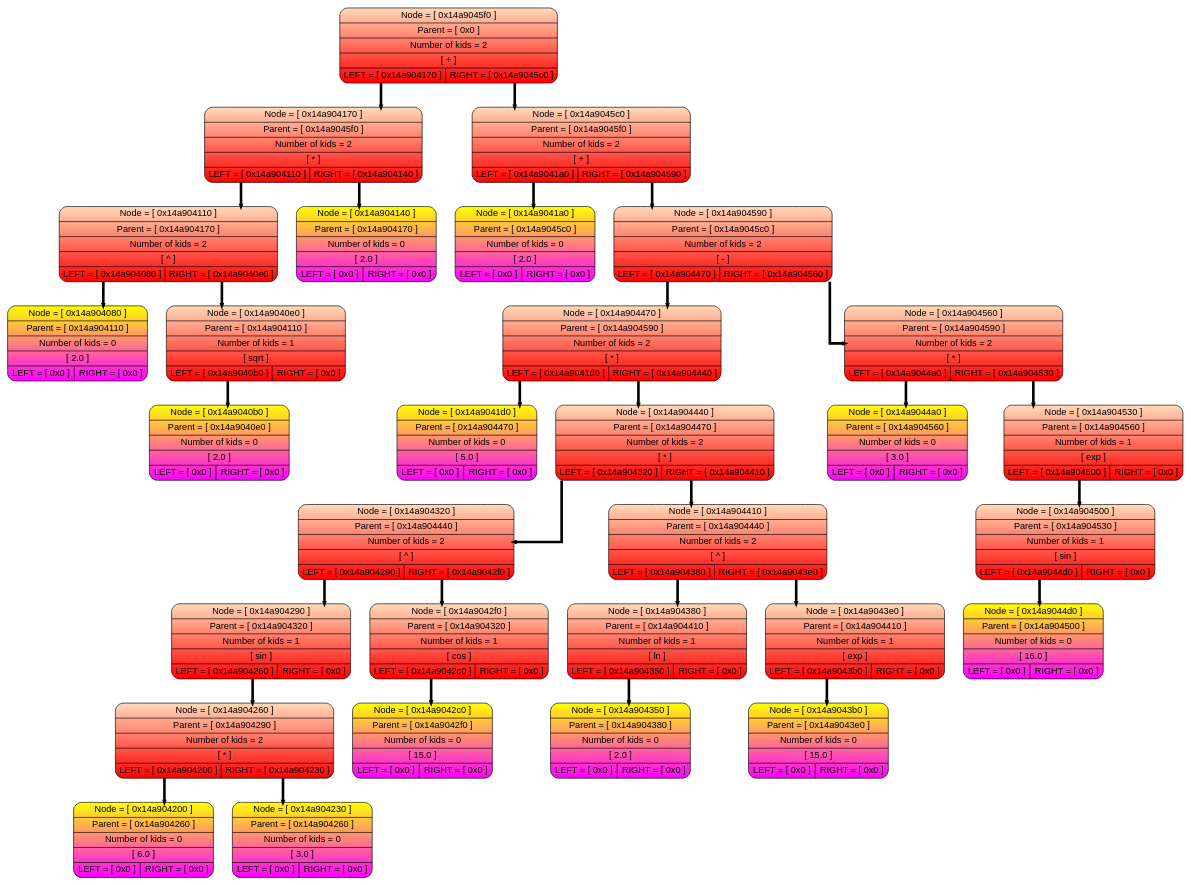
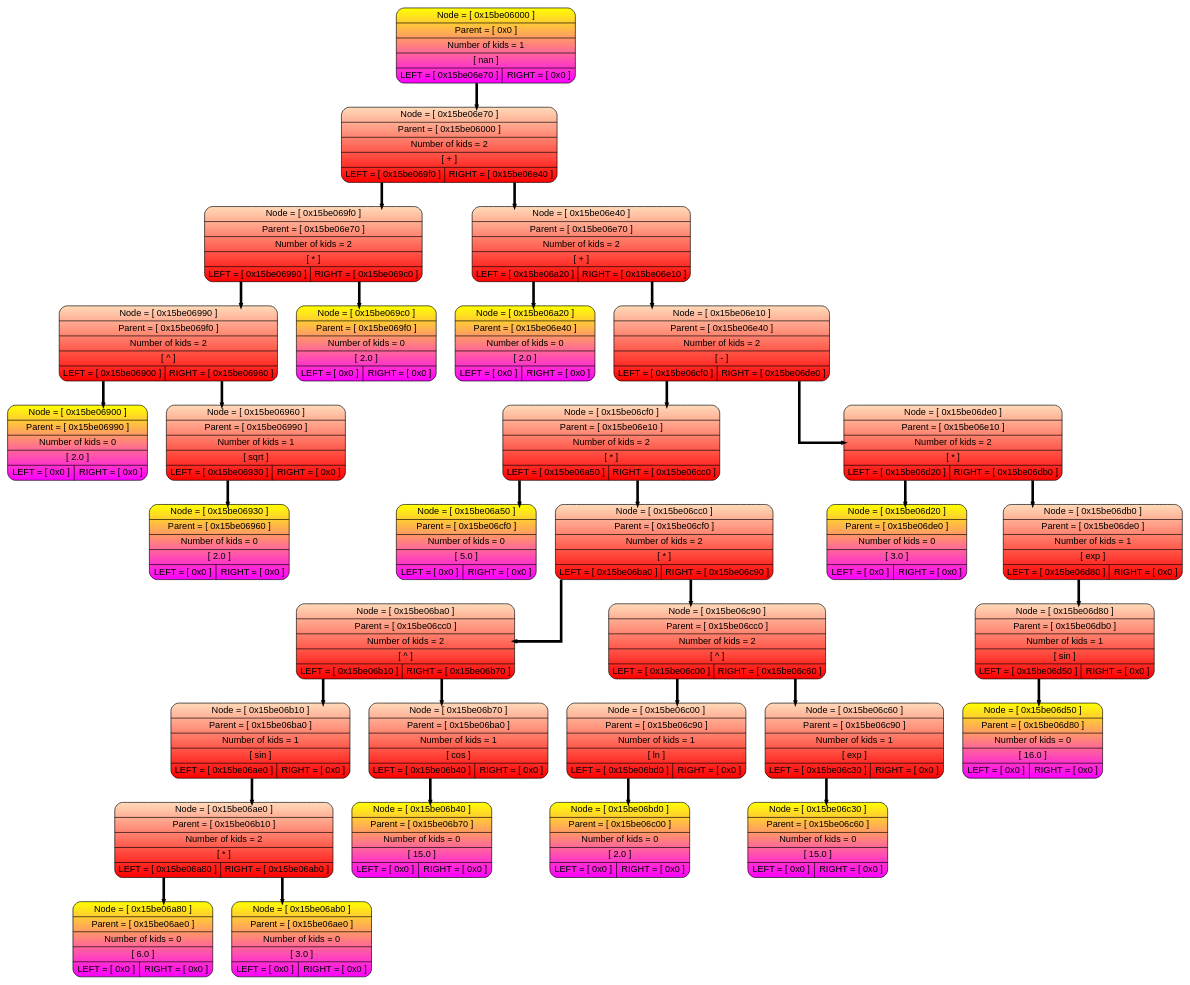
The diagram in Dump-source/dump.dot (livlavr/Differentiator), drawn with Graphviz before and after one commit. The commit also changed 7 other files, not shown here.

```diff
--- a/Dump-source/dump.dot
+++ b/Dump-source/dump.dot
@@ -4,63 +4,65 @@
 nodesep=0.4;
 node [shape=record, fontname="Arial"];
 edge [style=bold, color="black", weight=10, penwidth=4, arrowsize=0.2];
-P0x14a9045f0 [style = "filled, rounded", fillcolor="peachpuff:red" gradientangle=270,label=" {Node = [ 0x14a9045f0 ] | Parent = [ 0x0 ] | Number of kids = 2 |[ + ] | { <l> LEFT = [ 0x14a904170 ] | <r> RIGHT = [ 0x14a9045c0 ]}}" ];
-P0x14a904170 [style = "filled, rounded", fillcolor="peachpuff:red" gradientangle=270,label=" {Node = [ 0x14a904170 ] | Parent = [ 0x14a9045f0 ] | Number of kids = 2 |[ * ] | { <l> LEFT = [ 0x14a904110 ] | <r> RIGHT = [ 0x14a904140 ]}}" ];
-P0x14a904110 [style = "filled, rounded", fillcolor="peachpuff:red" gradientangle=270,label=" {Node = [ 0x14a904110 ] | Parent = [ 0x14a904170 ] | Number of kids = 2 |[ ^ ] | { <l> LEFT = [ 0x14a904080 ] | <r> RIGHT = [ 0x14a9040e0 ]}}" ];
-P0x14a904080 [style = "filled, rounded", fillcolor="yellow:magenta" gradientangle=270,label=" {Node = [ 0x14a904080 ] | Parent = [ 0x14a904110 ] | Number of kids = 0 | [ 2.0 ] | { <l> LEFT = [ 0x0 ] | <r> RIGHT = [ 0x0 ]}}" ];
-P0x14a9040e0 [style = "filled, rounded", fillcolor="peachpuff:red" gradientangle=270,label=" {Node = [ 0x14a9040e0 ] | Parent = [ 0x14a904110 ] | Number of kids = 1 |[ sqrt ] | { <l> LEFT = [ 0x14a9040b0 ] | <r> RIGHT = [ 0x0 ]}}" ];
-P0x14a9040b0 [style = "filled, rounded", fillcolor="yellow:magenta" gradientangle=270,label=" {Node = [ 0x14a9040b0 ] | Parent = [ 0x14a9040e0 ] | Number of kids = 0 | [ 2.0 ] | { <l> LEFT = [ 0x0 ] | <r> RIGHT = [ 0x0 ]}}" ];
-P0x14a9040e0:<l> -> P0x14a9040b0
-P0x14a904110:<l> -> P0x14a904080
-P0x14a904110:<r> -> P0x14a9040e0
-P0x14a904140 [style = "filled, rounded", fillcolor="yellow:magenta" gradientangle=270,label=" {Node = [ 0x14a904140 ] | Parent = [ 0x14a904170 ] | Number of kids = 0 | [ 2.0 ] | { <l> LEFT = [ 0x0 ] | <r> RIGHT = [ 0x0 ]}}" ];
-P0x14a904170:<l> -> P0x14a904110
-P0x14a904170:<r> -> P0x14a904140
-P0x14a9045c0 [style = "filled, rounded", fillcolor="peachpuff:red" gradientangle=270,label=" {Node = [ 0x14a9045c0 ] | Parent = [ 0x14a9045f0 ] | Number of kids = 2 |[ + ] | { <l> LEFT = [ 0x14a9041a0 ] | <r> RIGHT = [ 0x14a904590 ]}}" ];
-P0x14a9041a0 [style = "filled, rounded", fillcolor="yellow:magenta" gradientangle=270,label=" {Node = [ 0x14a9041a0 ] | Parent = [ 0x14a9045c0 ] | Number of kids = 0 | [ 2.0 ] | { <l> LEFT = [ 0x0 ] | <r> RIGHT = [ 0x0 ]}}" ];
-P0x14a904590 [style = "filled, rounded", fillcolor="peachpuff:red" gradientangle=270,label=" {Node = [ 0x14a904590 ] | Parent = [ 0x14a9045c0 ] | Number of kids = 2 |[ - ] | { <l> LEFT = [ 0x14a904470 ] | <r> RIGHT = [ 0x14a904560 ]}}" ];
-P0x14a904470 [style = "filled, rounded", fillcolor="peachpuff:red" gradientangle=270,label=" {Node = [ 0x14a904470 ] | Parent = [ 0x14a904590 ] | Number of kids = 2 |[ * ] | { <l> LEFT = [ 0x14a9041d0 ] | <r> RIGHT = [ 0x14a904440 ]}}" ];
-P0x14a9041d0 [style = "filled, rounded", fillcolor="yellow:magenta" gradientangle=270,label=" {Node = [ 0x14a9041d0 ] | Parent = [ 0x14a904470 ] | Number of kids = 0 | [ 5.0 ] | { <l> LEFT = [ 0x0 ] | <r> RIGHT = [ 0x0 ]}}" ];
-P0x14a904440 [style = "filled, rounded", fillcolor="peachpuff:red" gradientangle=270,label=" {Node = [ 0x14a904440 ] | Parent = [ 0x14a904470 ] | Number of kids = 2 |[ * ] | { <l> LEFT = [ 0x14a904320 ] | <r> RIGHT = [ 0x14a904410 ]}}" ];
-P0x14a904320 [style = "filled, rounded", fillcolor="peachpuff:red" gradientangle=270,label=" {Node = [ 0x14a904320 ] | Parent = [ 0x14a904440 ] | Number of kids = 2 |[ ^ ] | { <l> LEFT = [ 0x14a904290 ] | <r> RIGHT = [ 0x14a9042f0 ]}}" ];
-P0x14a904290 [style = "filled, rounded", fillcolor="peachpuff:red" gradientangle=270,label=" {Node = [ 0x14a904290 ] | Parent = [ 0x14a904320 ] | Number of kids = 1 |[ sin ] | { <l> LEFT = [ 0x14a904260 ] | <r> RIGHT = [ 0x0 ]}}" ];
-P0x14a904260 [style = "filled, rounded", fillcolor="peachpuff:red" gradientangle=270,label=" {Node = [ 0x14a904260 ] | Parent = [ 0x14a904290 ] | Number of kids = 2 |[ * ] | { <l> LEFT = [ 0x14a904200 ] | <r> RIGHT = [ 0x14a904230 ]}}" ];
-P0x14a904200 [style = "filled, rounded", fillcolor="yellow:magenta" gradientangle=270,label=" {Node = [ 0x14a904200 ] | Parent = [ 0x14a904260 ] | Number of kids = 0 | [ 6.0 ] | { <l> LEFT = [ 0x0 ] | <r> RIGHT = [ 0x0 ]}}" ];
-P0x14a904230 [style = "filled, rounded", fillcolor="yellow:magenta" gradientangle=270,label=" {Node = [ 0x14a904230 ] | Parent = [ 0x14a904260 ] | Number of kids = 0 | [ 3.0 ] | { <l> LEFT = [ 0x0 ] | <r> RIGHT = [ 0x0 ]}}" ];
-P0x14a904260:<l> -> P0x14a904200
-P0x14a904260:<r> -> P0x14a904230
-P0x14a904290:<l> -> P0x14a904260
-P0x14a9042f0 [style = "filled, rounded", fillcolor="peachpuff:red" gradientangle=270,label=" {Node = [ 0x14a9042f0 ] | Parent = [ 0x14a904320 ] | Number of kids = 1 |[ cos ] | { <l> LEFT = [ 0x14a9042c0 ] | <r> RIGHT = [ 0x0 ]}}" ];
-P0x14a9042c0 [style = "filled, rounded", fillcolor="yellow:magenta" gradientangle=270,label=" {Node = [ 0x14a9042c0 ] | Parent = [ 0x14a9042f0 ] | Number of kids = 0 | [ 15.0 ] | { <l> LEFT = [ 0x0 ] | <r> RIGHT = [ 0x0 ]}}" ];
-P0x14a9042f0:<l> -> P0x14a9042c0
-P0x14a904320:<l> -> P0x14a904290
-P0x14a904320:<r> -> P0x14a9042f0
-P0x14a904410 [style = "filled, rounded", fillcolor="peachpuff:red" gradientangle=270,label=" {Node = [ 0x14a904410 ] | Parent = [ 0x14a904440 ] | Number of kids = 2 |[ ^ ] | { <l> LEFT = [ 0x14a904380 ] | <r> RIGHT = [ 0x14a9043e0 ]}}" ];
-P0x14a904380 [style = "filled, rounded", fillcolor="peachpuff:red" gradientangle=270,label=" {Node = [ 0x14a904380 ] | Parent = [ 0x14a904410 ] | Number of kids = 1 |[ ln ] | { <l> LEFT = [ 0x14a904350 ] | <r> RIGHT = [ 0x0 ]}}" ];
-P0x14a904350 [style = "filled, rounded", fillcolor="yellow:magenta" gradientangle=270,label=" {Node = [ 0x14a904350 ] | Parent = [ 0x14a904380 ] | Number of kids = 0 | [ 2.0 ] | { <l> LEFT = [ 0x0 ] | <r> RIGHT = [ 0x0 ]}}" ];
-P0x14a904380:<l> -> P0x14a904350
-P0x14a9043e0 [style = "filled, rounded", fillcolor="peachpuff:red" gradientangle=270,label=" {Node = [ 0x14a9043e0 ] | Parent = [ 0x14a904410 ] | Number of kids = 1 |[ exp ] | { <l> LEFT = [ 0x14a9043b0 ] | <r> RIGHT = [ 0x0 ]}}" ];
-P0x14a9043b0 [style = "filled, rounded", fillcolor="yellow:magenta" gradientangle=270,label=" {Node = [ 0x14a9043b0 ] | Parent = [ 0x14a9043e0 ] | Number of kids = 0 | [ 15.0 ] | { <l> LEFT = [ 0x0 ] | <r> RIGHT = [ 0x0 ]}}" ];
-P0x14a9043e0:<l> -> P0x14a9043b0
-P0x14a904410:<l> -> P0x14a904380
-P0x14a904410:<r> -> P0x14a9043e0
-P0x14a904440:<l> -> P0x14a904320
-P0x14a904440:<r> -> P0x14a904410
-P0x14a904470:<l> -> P0x14a9041d0
-P0x14a904470:<r> -> P0x14a904440
-P0x14a904560 [style = "filled, rounded", fillcolor="peachpuff:red" gradientangle=270,label=" {Node = [ 0x14a904560 ] | Parent = [ 0x14a904590 ] | Number of kids = 2 |[ * ] | { <l> LEFT = [ 0x14a9044a0 ] | <r> RIGHT = [ 0x14a904530 ]}}" ];
-P0x14a9044a0 [style = "filled, rounded", fillcolor="yellow:magenta" gradientangle=270,label=" {Node = [ 0x14a9044a0 ] | Parent = [ 0x14a904560 ] | Number of kids = 0 | [ 3.0 ] | { <l> LEFT = [ 0x0 ] | <r> RIGHT = [ 0x0 ]}}" ];
-P0x14a904530 [style = "filled, rounded", fillcolor="peachpuff:red" gradientangle=270,label=" {Node = [ 0x14a904530 ] | Parent = [ 0x14a904560 ] | Number of kids = 1 |[ exp ] | { <l> LEFT = [ 0x14a904500 ] | <r> RIGHT = [ 0x0 ]}}" ];
-P0x14a904500 [style = "filled, rounded", fillcolor="peachpuff:red" gradientangle=270,label=" {Node = [ 0x14a904500 ] | Parent = [ 0x14a904530 ] | Number of kids = 1 |[ sin ] | { <l> LEFT = [ 0x14a9044d0 ] | <r> RIGHT = [ 0x0 ]}}" ];
-P0x14a9044d0 [style = "filled, rounded", fillcolor="yellow:magenta" gradientangle=270,label=" {Node = [ 0x14a9044d0 ] | Parent = [ 0x14a904500 ] | Number of kids = 0 | [ 16.0 ] | { <l> LEFT = [ 0x0 ] | <r> RIGHT = [ 0x0 ]}}" ];
-P0x14a904500:<l> -> P0x14a9044d0
-P0x14a904530:<l> -> P0x14a904500
-P0x14a904560:<l> -> P0x14a9044a0
-P0x14a904560:<r> -> P0x14a904530
-P0x14a904590:<l> -> P0x14a904470
-P0x14a904590:<r> -> P0x14a904560
-P0x14a9045c0:<l> -> P0x14a9041a0
-P0x14a9045c0:<r> -> P0x14a904590
-P0x14a9045f0:<l> -> P0x14a904170
-P0x14a9045f0:<r> -> P0x14a9045c0
+P0x15be06000 [style = "filled, rounded", fillcolor="yellow:magenta" gradientangle=270,label=" {Node = [ 0x15be06000 ] | Parent = [ 0x0 ] | Number of kids = 1 | [ nan ] | { <l> LEFT = [ 0x15be06e70 ] | <r> RIGHT = [ 0x0 ]}}" ];
+P0x15be06e70 [style = "filled, rounded", fillcolor="peachpuff:red" gradientangle=270,label=" {Node = [ 0x15be06e70 ] | Parent = [ 0x15be06000 ] | Number of kids = 2 |[ + ] | { <l> LEFT = [ 0x15be069f0 ] | <r> RIGHT = [ 0x15be06e40 ]}}" ];
+P0x15be069f0 [style = "filled, rounded", fillcolor="peachpuff:red" gradientangle=270,label=" {Node = [ 0x15be069f0 ] | Parent = [ 0x15be06e70 ] | Number of kids = 2 |[ * ] | { <l> LEFT = [ 0x15be06990 ] | <r> RIGHT = [ 0x15be069c0 ]}}" ];
+P0x15be06990 [style = "filled, rounded", fillcolor="peachpuff:red" gradientangle=270,label=" {Node = [ 0x15be06990 ] | Parent = [ 0x15be069f0 ] | Number of kids = 2 |[ ^ ] | { <l> LEFT = [ 0x15be06900 ] | <r> RIGHT = [ 0x15be06960 ]}}" ];
+P0x15be06900 [style = "filled, rounded", fillcolor="yellow:magenta" gradientangle=270,label=" {Node = [ 0x15be06900 ] | Parent = [ 0x15be06990 ] | Number of kids = 0 | [ 2.0 ] | { <l> LEFT = [ 0x0 ] | <r> RIGHT = [ 0x0 ]}}" ];
+P0x15be06960 [style = "filled, rounded", fillcolor="peachpuff:red" gradientangle=270,label=" {Node = [ 0x15be06960 ] | Parent = [ 0x15be06990 ] | Number of kids = 1 |[ sqrt ] | { <l> LEFT = [ 0x15be06930 ] | <r> RIGHT = [ 0x0 ]}}" ];
+P0x15be06930 [style = "filled, rounded", fillcolor="yellow:magenta" gradientangle=270,label=" {Node = [ 0x15be06930 ] | Parent = [ 0x15be06960 ] | Number of kids = 0 | [ 2.0 ] | { <l> LEFT = [ 0x0 ] | <r> RIGHT = [ 0x0 ]}}" ];
+P0x15be06960:<l> -> P0x15be06930
+P0x15be06990:<l> -> P0x15be06900
+P0x15be06990:<r> -> P0x15be06960
+P0x15be069c0 [style = "filled, rounded", fillcolor="yellow:magenta" gradientangle=270,label=" {Node = [ 0x15be069c0 ] | Parent = [ 0x15be069f0 ] | Number of kids = 0 | [ 2.0 ] | { <l> LEFT = [ 0x0 ] | <r> RIGHT = [ 0x0 ]}}" ];
+P0x15be069f0:<l> -> P0x15be06990
+P0x15be069f0:<r> -> P0x15be069c0
+P0x15be06e40 [style = "filled, rounded", fillcolor="peachpuff:red" gradientangle=270,label=" {Node = [ 0x15be06e40 ] | Parent = [ 0x15be06e70 ] | Number of kids = 2 |[ + ] | { <l> LEFT = [ 0x15be06a20 ] | <r> RIGHT = [ 0x15be06e10 ]}}" ];
+P0x15be06a20 [style = "filled, rounded", fillcolor="yellow:magenta" gradientangle=270,label=" {Node = [ 0x15be06a20 ] | Parent = [ 0x15be06e40 ] | Number of kids = 0 | [ 2.0 ] | { <l> LEFT = [ 0x0 ] | <r> RIGHT = [ 0x0 ]}}" ];
+P0x15be06e10 [style = "filled, rounded", fillcolor="peachpuff:red" gradientangle=270,label=" {Node = [ 0x15be06e10 ] | Parent = [ 0x15be06e40 ] | Number of kids = 2 |[ - ] | { <l> LEFT = [ 0x15be06cf0 ] | <r> RIGHT = [ 0x15be06de0 ]}}" ];
+P0x15be06cf0 [style = "filled, rounded", fillcolor="peachpuff:red" gradientangle=270,label=" {Node = [ 0x15be06cf0 ] | Parent = [ 0x15be06e10 ] | Number of kids = 2 |[ * ] | { <l> LEFT = [ 0x15be06a50 ] | <r> RIGHT = [ 0x15be06cc0 ]}}" ];
+P0x15be06a50 [style = "filled, rounded", fillcolor="yellow:magenta" gradientangle=270,label=" {Node = [ 0x15be06a50 ] | Parent = [ 0x15be06cf0 ] | Number of kids = 0 | [ 5.0 ] | { <l> LEFT = [ 0x0 ] | <r> RIGHT = [ 0x0 ]}}" ];
+P0x15be06cc0 [style = "filled, rounded", fillcolor="peachpuff:red" gradientangle=270,label=" {Node = [ 0x15be06cc0 ] | Parent = [ 0x15be06cf0 ] | Number of kids = 2 |[ * ] | { <l> LEFT = [ 0x15be06ba0 ] | <r> RIGHT = [ 0x15be06c90 ]}}" ];
+P0x15be06ba0 [style = "filled, rounded", fillcolor="peachpuff:red" gradientangle=270,label=" {Node = [ 0x15be06ba0 ] | Parent = [ 0x15be06cc0 ] | Number of kids = 2 |[ ^ ] | { <l> LEFT = [ 0x15be06b10 ] | <r> RIGHT = [ 0x15be06b70 ]}}" ];
+P0x15be06b10 [style = "filled, rounded", fillcolor="peachpuff:red" gradientangle=270,label=" {Node = [ 0x15be06b10 ] | Parent = [ 0x15be06ba0 ] | Number of kids = 1 |[ sin ] | { <l> LEFT = [ 0x15be06ae0 ] | <r> RIGHT = [ 0x0 ]}}" ];
+P0x15be06ae0 [style = "filled, rounded", fillcolor="peachpuff:red" gradientangle=270,label=" {Node = [ 0x15be06ae0 ] | Parent = [ 0x15be06b10 ] | Number of kids = 2 |[ * ] | { <l> LEFT = [ 0x15be06a80 ] | <r> RIGHT = [ 0x15be06ab0 ]}}" ];
+P0x15be06a80 [style = "filled, rounded", fillcolor="yellow:magenta" gradientangle=270,label=" {Node = [ 0x15be06a80 ] | Parent = [ 0x15be06ae0 ] | Number of kids = 0 | [ 6.0 ] | { <l> LEFT = [ 0x0 ] | <r> RIGHT = [ 0x0 ]}}" ];
+P0x15be06ab0 [style = "filled, rounded", fillcolor="yellow:magenta" gradientangle=270,label=" {Node = [ 0x15be06ab0 ] | Parent = [ 0x15be06ae0 ] | Number of kids = 0 | [ 3.0 ] | { <l> LEFT = [ 0x0 ] | <r> RIGHT = [ 0x0 ]}}" ];
+P0x15be06ae0:<l> -> P0x15be06a80
+P0x15be06ae0:<r> -> P0x15be06ab0
+P0x15be06b10:<l> -> P0x15be06ae0
+P0x15be06b70 [style = "filled, rounded", fillcolor="peachpuff:red" gradientangle=270,label=" {Node = [ 0x15be06b70 ] | Parent = [ 0x15be06ba0 ] | Number of kids = 1 |[ cos ] | { <l> LEFT = [ 0x15be06b40 ] | <r> RIGHT = [ 0x0 ]}}" ];
+P0x15be06b40 [style = "filled, rounded", fillcolor="yellow:magenta" gradientangle=270,label=" {Node = [ 0x15be06b40 ] | Parent = [ 0x15be06b70 ] | Number of kids = 0 | [ 15.0 ] | { <l> LEFT = [ 0x0 ] | <r> RIGHT = [ 0x0 ]}}" ];
+P0x15be06b70:<l> -> P0x15be06b40
+P0x15be06ba0:<l> -> P0x15be06b10
+P0x15be06ba0:<r> -> P0x15be06b70
+P0x15be06c90 [style = "filled, rounded", fillcolor="peachpuff:red" gradientangle=270,label=" {Node = [ 0x15be06c90 ] | Parent = [ 0x15be06cc0 ] | Number of kids = 2 |[ ^ ] | { <l> LEFT = [ 0x15be06c00 ] | <r> RIGHT = [ 0x15be06c60 ]}}" ];
+P0x15be06c00 [style = "filled, rounded", fillcolor="peachpuff:red" gradientangle=270,label=" {Node = [ 0x15be06c00 ] | Parent = [ 0x15be06c90 ] | Number of kids = 1 |[ ln ] | { <l> LEFT = [ 0x15be06bd0 ] | <r> RIGHT = [ 0x0 ]}}" ];
+P0x15be06bd0 [style = "filled, rounded", fillcolor="yellow:magenta" gradientangle=270,label=" {Node = [ 0x15be06bd0 ] | Parent = [ 0x15be06c00 ] | Number of kids = 0 | [ 2.0 ] | { <l> LEFT = [ 0x0 ] | <r> RIGHT = [ 0x0 ]}}" ];
+P0x15be06c00:<l> -> P0x15be06bd0
+P0x15be06c60 [style = "filled, rounded", fillcolor="peachpuff:red" gradientangle=270,label=" {Node = [ 0x15be06c60 ] | Parent = [ 0x15be06c90 ] | Number of kids = 1 |[ exp ] | { <l> LEFT = [ 0x15be06c30 ] | <r> RIGHT = [ 0x0 ]}}" ];
+P0x15be06c30 [style = "filled, rounded", fillcolor="yellow:magenta" gradientangle=270,label=" {Node = [ 0x15be06c30 ] | Parent = [ 0x15be06c60 ] | Number of kids = 0 | [ 15.0 ] | { <l> LEFT = [ 0x0 ] | <r> RIGHT = [ 0x0 ]}}" ];
+P0x15be06c60:<l> -> P0x15be06c30
+P0x15be06c90:<l> -> P0x15be06c00
+P0x15be06c90:<r> -> P0x15be06c60
+P0x15be06cc0:<l> -> P0x15be06ba0
+P0x15be06cc0:<r> -> P0x15be06c90
+P0x15be06cf0:<l> -> P0x15be06a50
+P0x15be06cf0:<r> -> P0x15be06cc0
+P0x15be06de0 [style = "filled, rounded", fillcolor="peachpuff:red" gradientangle=270,label=" {Node = [ 0x15be06de0 ] | Parent = [ 0x15be06e10 ] | Number of kids = 2 |[ * ] | { <l> LEFT = [ 0x15be06d20 ] | <r> RIGHT = [ 0x15be06db0 ]}}" ];
+P0x15be06d20 [style = "filled, rounded", fillcolor="yellow:magenta" gradientangle=270,label=" {Node = [ 0x15be06d20 ] | Parent = [ 0x15be06de0 ] | Number of kids = 0 | [ 3.0 ] | { <l> LEFT = [ 0x0 ] | <r> RIGHT = [ 0x0 ]}}" ];
+P0x15be06db0 [style = "filled, rounded", fillcolor="peachpuff:red" gradientangle=270,label=" {Node = [ 0x15be06db0 ] | Parent = [ 0x15be06de0 ] | Number of kids = 1 |[ exp ] | { <l> LEFT = [ 0x15be06d80 ] | <r> RIGHT = [ 0x0 ]}}" ];
+P0x15be06d80 [style = "filled, rounded", fillcolor="peachpuff:red" gradientangle=270,label=" {Node = [ 0x15be06d80 ] | Parent = [ 0x15be06db0 ] | Number of kids = 1 |[ sin ] | { <l> LEFT = [ 0x15be06d50 ] | <r> RIGHT = [ 0x0 ]}}" ];
+P0x15be06d50 [style = "filled, rounded", fillcolor="yellow:magenta" gradientangle=270,label=" {Node = [ 0x15be06d50 ] | Parent = [ 0x15be06d80 ] | Number of kids = 0 | [ 16.0 ] | { <l> LEFT = [ 0x0 ] | <r> RIGHT = [ 0x0 ]}}" ];
+P0x15be06d80:<l> -> P0x15be06d50
+P0x15be06db0:<l> -> P0x15be06d80
+P0x15be06de0:<l> -> P0x15be06d20
+P0x15be06de0:<r> -> P0x15be06db0
+P0x15be06e10:<l> -> P0x15be06cf0
+P0x15be06e10:<r> -> P0x15be06de0
+P0x15be06e40:<l> -> P0x15be06a20
+P0x15be06e40:<r> -> P0x15be06e10
+P0x15be06e70:<l> -> P0x15be069f0
+P0x15be06e70:<r> -> P0x15be06e40
+P0x15be06000:<l> -> P0x15be06e70
 }
```
